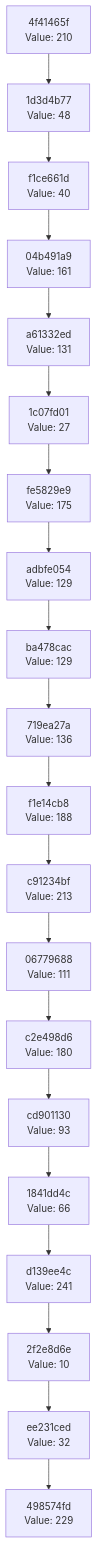
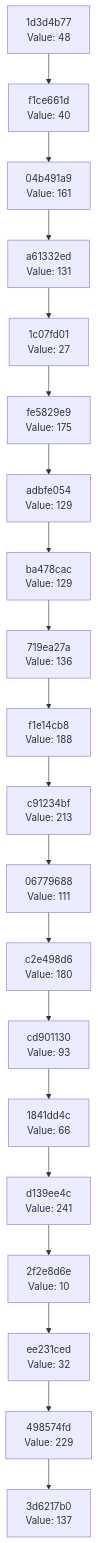
One commit to Abhisheksinha1506/hash-chain-evolver changed the diagram in docs/CHAIN_VISUALIZATION.md. Above: the diagram before and after it, drawn with Mermaid. The commit also changed 1 other file, not shown here.

Commit message:
Evolution step: hash 0x89 → action executed

````diff
--- a/docs/CHAIN_VISUALIZATION.md
+++ b/docs/CHAIN_VISUALIZATION.md
@@ -3,42 +3,42 @@
 ```mermaid
 graph TD
-    C0["498574fd<br/>Value: 229"]
-    C1["ee231ced<br/>Value: 32"]
+    C0["3d6217b0<br/>Value: 137"]
+    C1["498574fd<br/>Value: 229"]
     C1 --> C0
-    C2["2f2e8d6e<br/>Value: 10"]
+    C2["ee231ced<br/>Value: 32"]
     C2 --> C1
-    C3["d139ee4c<br/>Value: 241"]
+    C3["2f2e8d6e<br/>Value: 10"]
     C3 --> C2
-    C4["1841dd4c<br/>Value: 66"]
+    C4["d139ee4c<br/>Value: 241"]
     C4 --> C3
-    C5["cd901130<br/>Value: 93"]
+    C5["1841dd4c<br/>Value: 66"]
     C5 --> C4
-    C6["c2e498d6<br/>Value: 180"]
+    C6["cd901130<br/>Value: 93"]
     C6 --> C5
-    C7["06779688<br/>Value: 111"]
+    C7["c2e498d6<br/>Value: 180"]
     C7 --> C6
-    C8["c91234bf<br/>Value: 213"]
+    C8["06779688<br/>Value: 111"]
     C8 --> C7
-    C9["f1e14cb8<br/>Value: 188"]
+    C9["c91234bf<br/>Value: 213"]
     C9 --> C8
-    C10["719ea27a<br/>Value: 136"]
+    C10["f1e14cb8<br/>Value: 188"]
     C10 --> C9
-    C11["ba478cac<br/>Value: 129"]
+    C11["719ea27a<br/>Value: 136"]
     C11 --> C10
-    C12["adbfe054<br/>Value: 129"]
+    C12["ba478cac<br/>Value: 129"]
     C12 --> C11
-    C13["fe5829e9<br/>Value: 175"]
+    C13["adbfe054<br/>Value: 129"]
     C13 --> C12
-    C14["1c07fd01<br/>Value: 27"]
+    C14["fe5829e9<br/>Value: 175"]
     C14 --> C13
-    C15["a61332ed<br/>Value: 131"]
+    C15["1c07fd01<br/>Value: 27"]
     C15 --> C14
-    C16["04b491a9<br/>Value: 161"]
+    C16["a61332ed<br/>Value: 131"]
     C16 --> C15
-    C17["f1ce661d<br/>Value: 40"]
+    C17["04b491a9<br/>Value: 161"]
     C17 --> C16
-    C18["1d3d4b77<br/>Value: 48"]
+    C18["f1ce661d<br/>Value: 40"]
     C18 --> C17
-    C19["4f41465f<br/>Value: 210"]
+    C19["1d3d4b77<br/>Value: 48"]
     C19 --> C18
 ```
````
